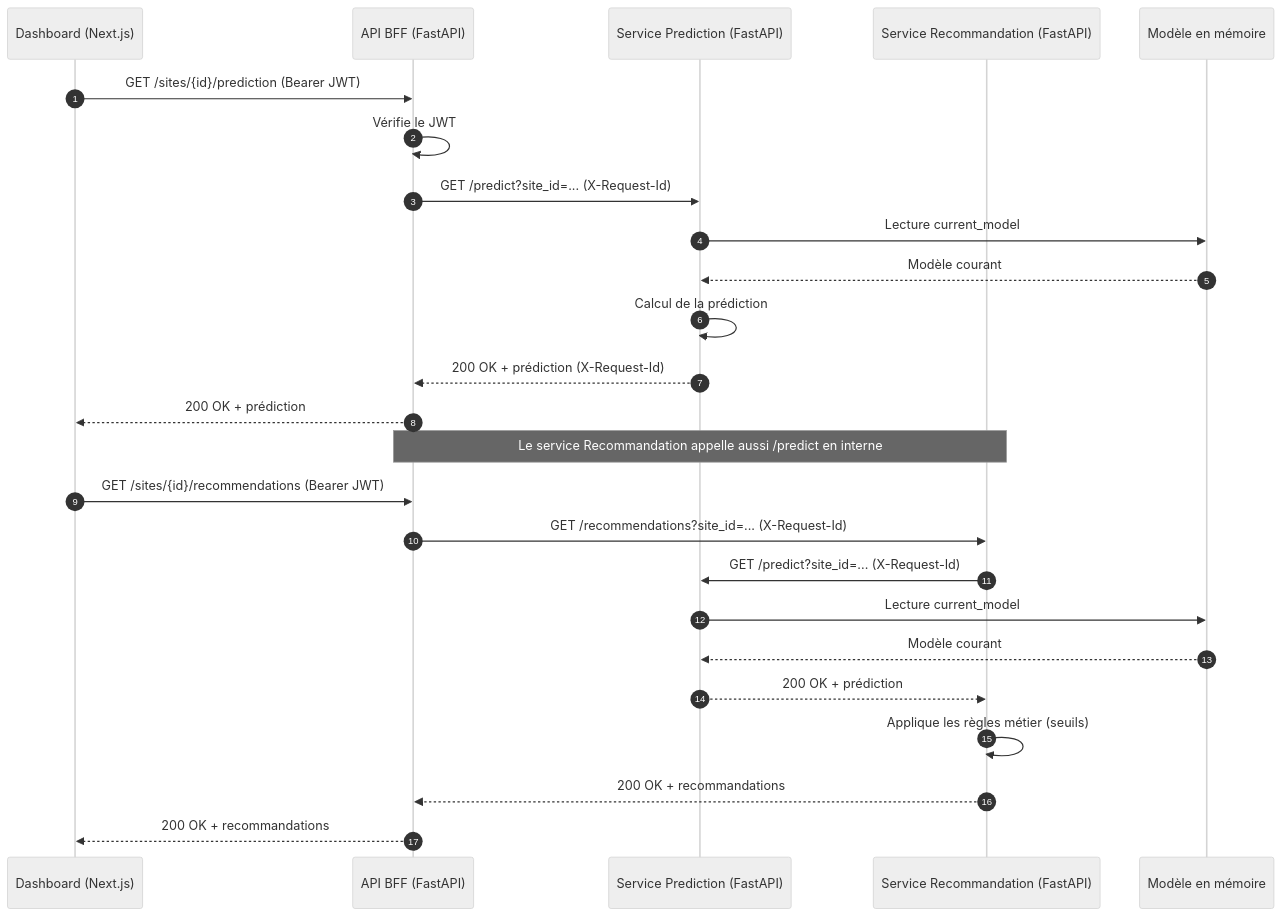
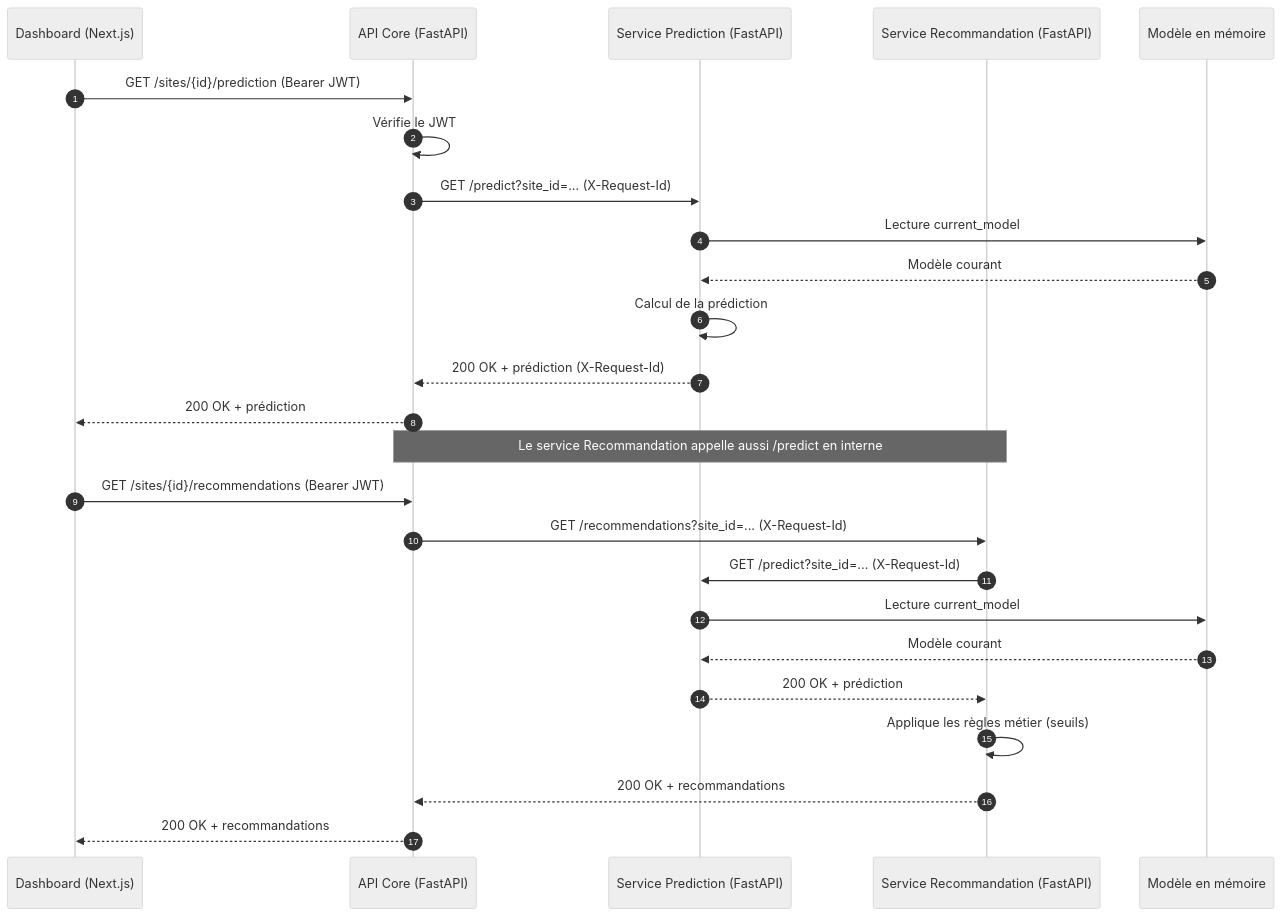
One commit to PetitPingu/EnerVision changed the diagram in docs/seq_predict_call.md. Above: the diagram before and after it, drawn with Mermaid (neutral theme). The commit also changed other lines of this file and 13 other files, not shown here.

First line of the commit message:
docs: update architecture documentation and remove obsolete images

````diff
--- a/docs/seq_predict_call.md
+++ b/docs/seq_predict_call.md
@@ -5,29 +5,29 @@
 ```mermaid
 sequenceDiagram
     autonumber
     participant Client as Dashboard (Next.js)
-    participant BFF as API BFF (FastAPI)
+    participant Core as API Core (FastAPI)
     participant Pred as Service Prediction (FastAPI)
     participant Reco as Service Recommandation (FastAPI)
     participant Mem as Modèle en mémoire
 
-    Client->>BFF: GET /sites/{id}/prediction (Bearer JWT)
-    BFF->>BFF: Vérifie le JWT
-    BFF->>Pred: GET /predict?site_id=... (X-Request-Id)
+    Client->>Core: GET /sites/{id}/prediction (Bearer JWT)
+    Core->>Core: Vérifie le JWT
+    Core->>Pred: GET /predict?site_id=... (X-Request-Id)
     Pred->>Mem: Lecture current_model
     Mem-->>Pred: Modèle courant
     Pred->>Pred: Calcul de la prédiction
-    Pred-->>BFF: 200 OK + prédiction (X-Request-Id)
-    BFF-->>Client: 200 OK + prédiction
+    Pred-->>Core: 200 OK + prédiction (X-Request-Id)
+    Core-->>Client: 200 OK + prédiction
 
-    Note over BFF,Reco: Le service Recommandation appelle aussi /predict en interne
-    Client->>BFF: GET /sites/{id}/recommendations (Bearer JWT)
-    BFF->>Reco: GET /recommendations?site_id=... (X-Request-Id)
+    Note over Core,Reco: Le service Recommandation appelle aussi /predict en interne
+    Client->>Core: GET /sites/{id}/recommendations (Bearer JWT)
+    Core->>Reco: GET /recommendations?site_id=... (X-Request-Id)
     Reco->>Pred: GET /predict?site_id=... (X-Request-Id)
     Pred->>Mem: Lecture current_model
     Mem-->>Pred: Modèle courant
     Pred-->>Reco: 200 OK + prédiction
     Reco->>Reco: Applique les règles métier (seuils)
-    Reco-->>BFF: 200 OK + recommandations
-    BFF-->>Client: 200 OK + recommandations
+    Reco-->>Core: 200 OK + recommandations
+    Core-->>Client: 200 OK + recommandations
 ```
````
